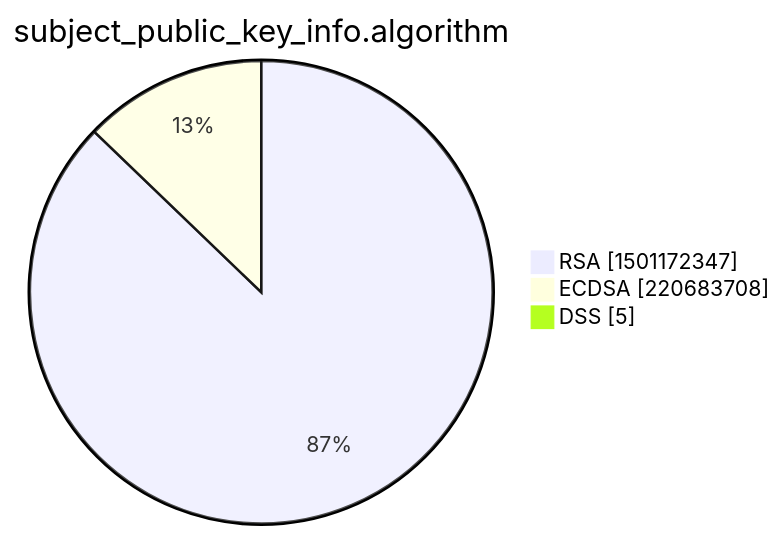
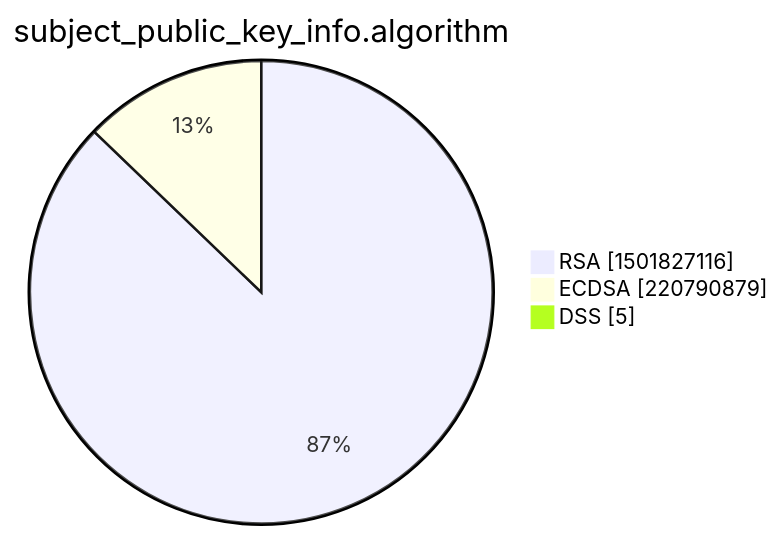
One commit to christiankrug/ctmonitor_visualization changed the third of 15 diagrams in xenon2022/README.md. Above: the diagram before and after it, drawn with Mermaid. The commit also changed other lines of this file, not shown here.

````diff
--- a/xenon2022/README.md
+++ b/xenon2022/README.md
@@ -14,7 +14,7 @@
 ```mermaid
 pie showData
 title subject_public_key_info.algorithm
-"RSA" :1501172347
-"ECDSA" :220683708
+"RSA" :1501827116
+"ECDSA" :220790879
 "DSS" :5
 ```
````
